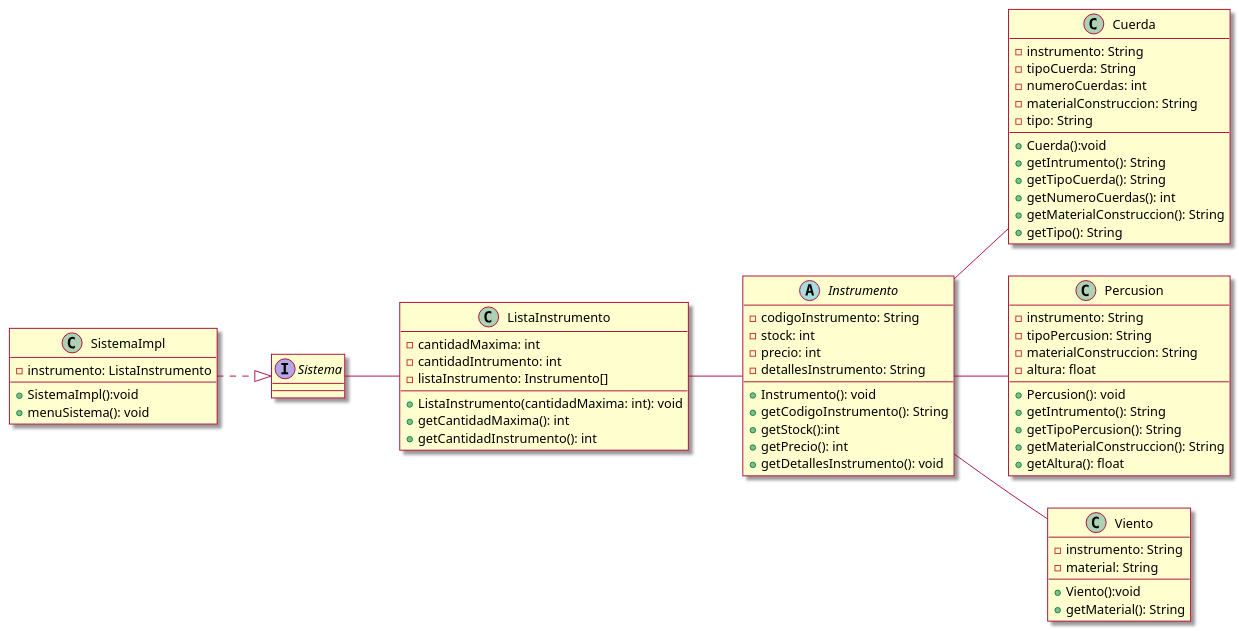
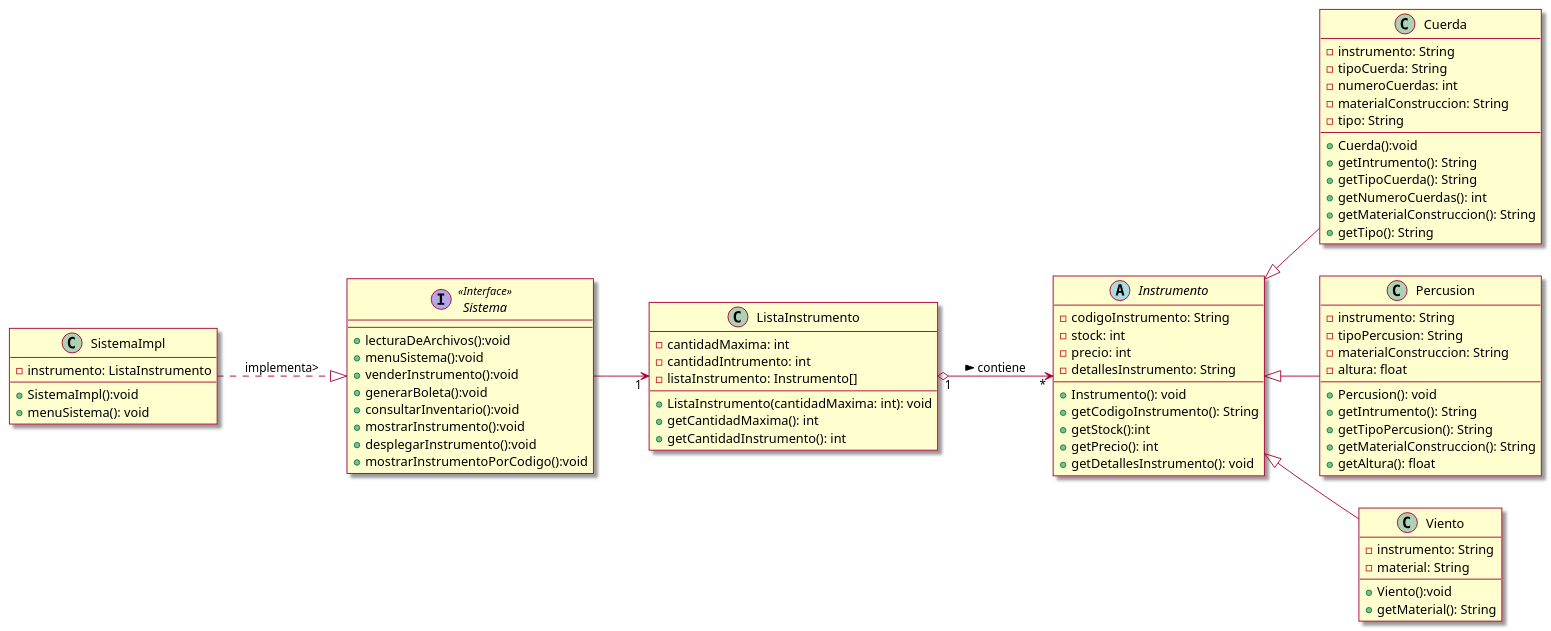
One commit to Ignac10G/Taller_3 changed the diagram in diagramaDeClases.puml. Above: the diagram before and after it, drawn with PlantUML. The commit also changed 17 other files, not shown here.

```diff
--- a/diagramaDeClases.puml
+++ b/diagramaDeClases.puml
@@ -1,75 +1,83 @@
 @startuml
 left to right direction
 skin rose
-interface Sistema {
+interface Sistema <<Interface>> {
+    + lecturaDeArchivos():void
+    + menuSistema():void
+    + venderInstrumento():void
+    + generarBoleta():void
+    + consultarInventario():void
+    + mostrarInstrumento():void
+    + desplegarInstrumento():void
+    + mostrarInstrumentoPorCodigo():void
 
 }
 
 class SistemaImpl{
     - instrumento: ListaInstrumento
     + SistemaImpl():void
     + menuSistema(): void
 
 }
 class ListaInstrumento {
     - cantidadMaxima: int
     - cantidadIntrumento: int
     - listaInstrumento: Instrumento[]
     + ListaInstrumento(cantidadMaxima: int): void
     + getCantidadMaxima(): int
     + getCantidadInstrumento(): int
 }
 abstract Instrumento {
     - codigoInstrumento: String
     - stock: int
     - precio: int
     - detallesInstrumento: String
     + Instrumento(): void
     + getCodigoInstrumento(): String
     + getStock():int
     + getPrecio(): int
     + getDetallesInstrumento(): void
 }
 
 class Cuerda {
     - instrumento: String
     - tipoCuerda: String
     - numeroCuerdas: int
     - materialConstruccion: String
     - tipo: String
     + Cuerda():void
     + getIntrumento(): String
     + getTipoCuerda(): String
     + getNumeroCuerdas(): int
     + getMaterialConstruccion(): String
     + getTipo(): String
 }
 class Percusion {
     - instrumento: String
     - tipoPercusion: String
     - materialConstruccion: String
     - altura: float
     + Percusion(): void
     + getIntrumento(): String
     + getTipoPercusion(): String
     + getMaterialConstruccion(): String
     + getAltura(): float
 }
 
 class Viento {
     - instrumento: String
     - material: String
     + Viento():void
     + getMaterial(): String
 }
 
 
-ListaInstrumento -- Instrumento
-Instrumento -- Cuerda
-Instrumento -- Viento
-Instrumento -- Percusion
-Sistema -- ListaInstrumento
-SistemaImpl ..|> Sistema
+ListaInstrumento"1" o--> "*"Instrumento: contiene >
+Instrumento <|-- Cuerda
+Instrumento <|-- Viento
+Instrumento <|-- Percusion
+Sistema --> "1"ListaInstrumento
+SistemaImpl ..|> Sistema :implementa>
 
 
 @enduml
```
